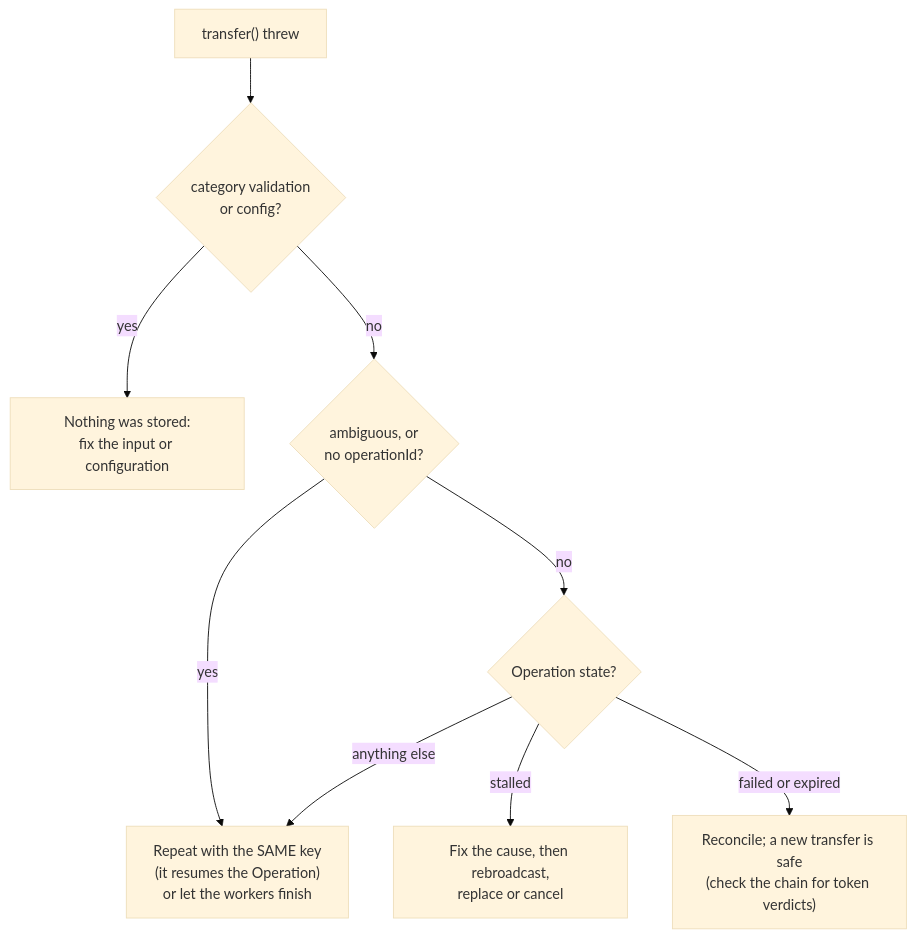
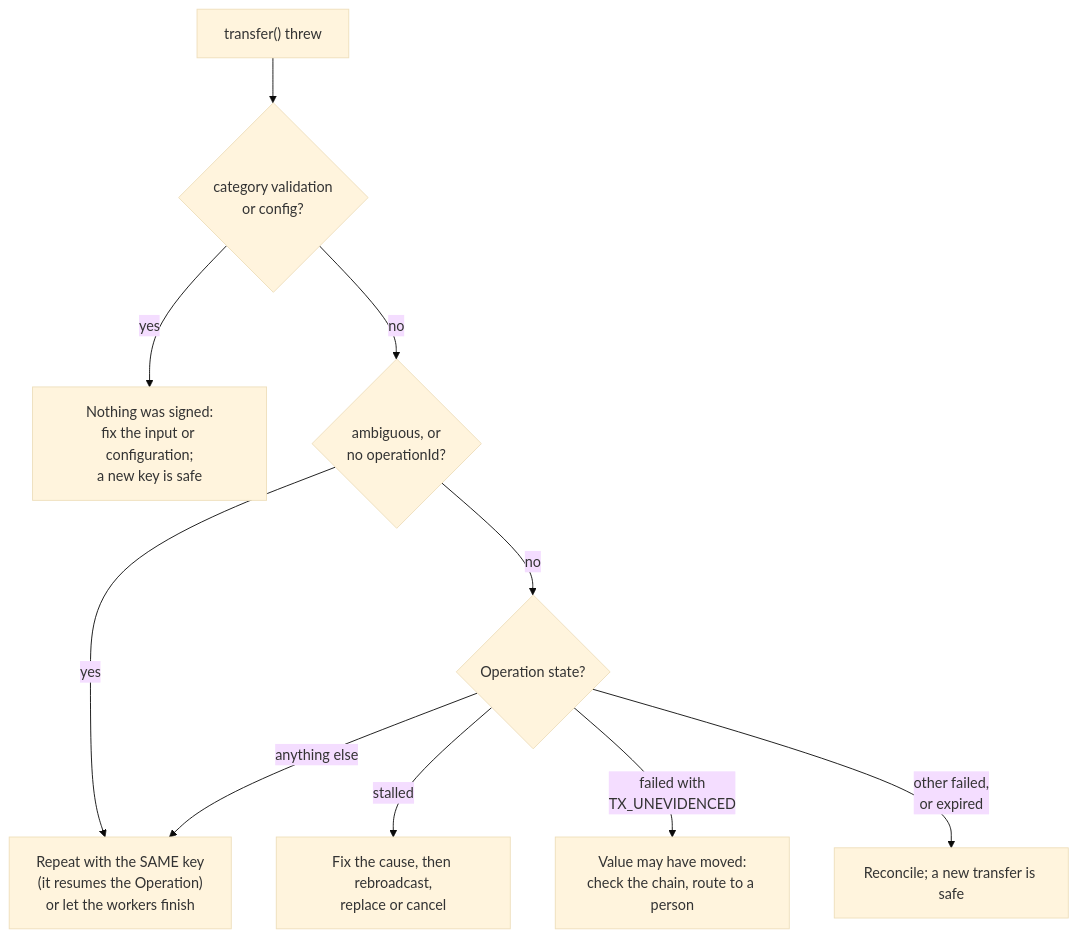
One commit to vhidvz/crypto-aio changed the diagram in docs/tour/recovery.md. Above: the diagram before and after it, drawn with Mermaid (base theme). The commit also changed other lines of this file and 470 other files, not shown here.

````diff
--- a/docs/tour/recovery.md
+++ b/docs/tour/recovery.md
@@ -33,11 +39,12 @@
 ```mermaid
 flowchart TB
   err["transfer() threw"] --> cat{"category validation<br/>or config?"}
-  cat -- yes --> fix["Nothing was stored:<br/>fix the input or configuration"]
+  cat -- yes --> fix["Nothing was signed:<br/>fix the input or configuration;<br/>a new key is safe"]
   cat -- no --> amb{"ambiguous, or<br/>no operationId?"}
   amb -- yes --> same["Repeat with the SAME key<br/>(it resumes the Operation)<br/>or let the workers finish"]
   amb -- no --> state{"Operation state?"}
   state -- stalled --> remedy["Fix the cause, then rebroadcast,<br/>replace or cancel"]
-  state -- "failed or expired" --> reconcile["Reconcile; a new transfer is safe<br/>(check the chain for token verdicts)"]
+  state -- "failed with<br/>TX_UNEVIDENCED" --> person["Value may have moved:<br/>check the chain, route to a person"]
+  state -- "other failed,<br/>or expired" --> reconcile["Reconcile; a new transfer is safe"]
   state -- "anything else" --> same
 ```
````
